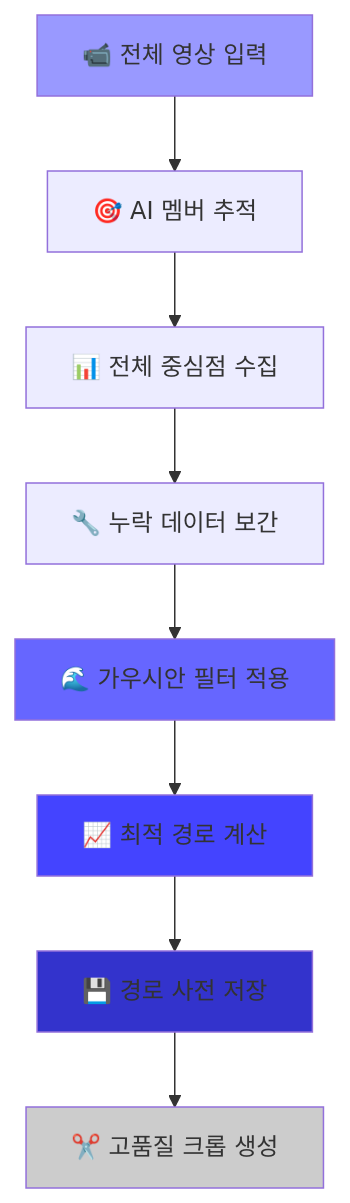
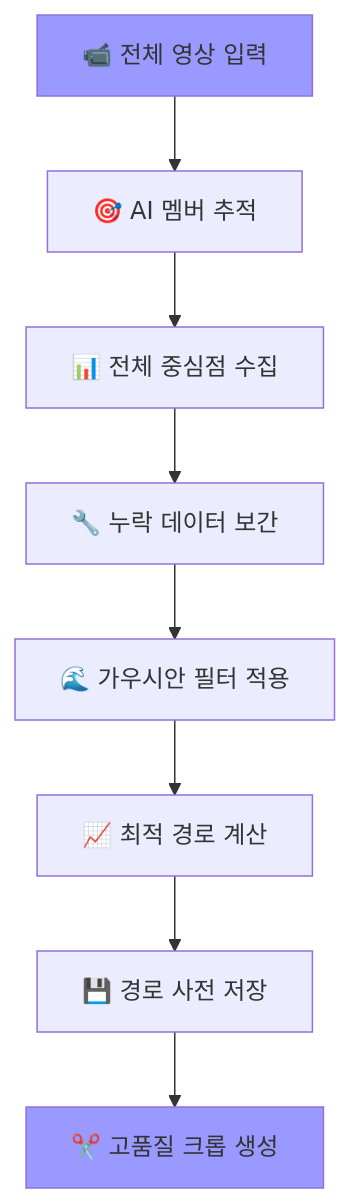
Before and after one commit to KBohyeon/AI-Powered-K-pop-Camera-System: the second of 2 diagrams in README.md, drawn with Mermaid. The commit also changed other lines of this file, not shown here.

````diff
--- a/README.md
+++ b/README.md
@@ -60,16 +65,13 @@
 ```mermaid
 graph TD
     A[📹 전체 영상 입력] --> B[🎯 AI 멤버 추적]
     B --> C[📊 전체 중심점 수집]
     C --> D[🔧 누락 데이터 보간]
     D --> E[🌊 가우시안 필터 적용]
     E --> F[📈 최적 경로 계산]
     F --> G[💾 경로 사전 저장]
     G --> H[✂️ 고품질 크롭 생성]
     
     style A fill:#9999ff
-    style E fill:#6666ff
-    style F fill:#4444ff
-    style G fill:#3333cc
-    style H fill:#cccccc
+    style H fill:#9999ff
 ```
````
